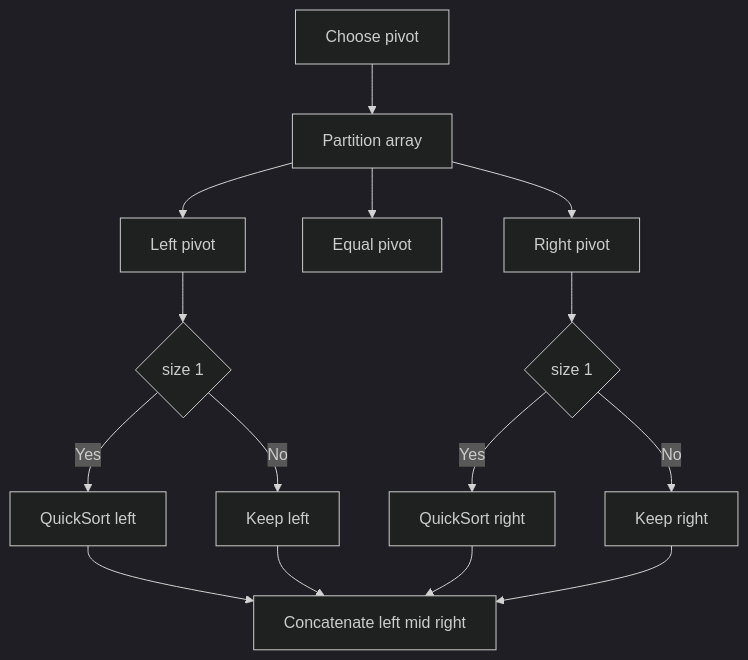
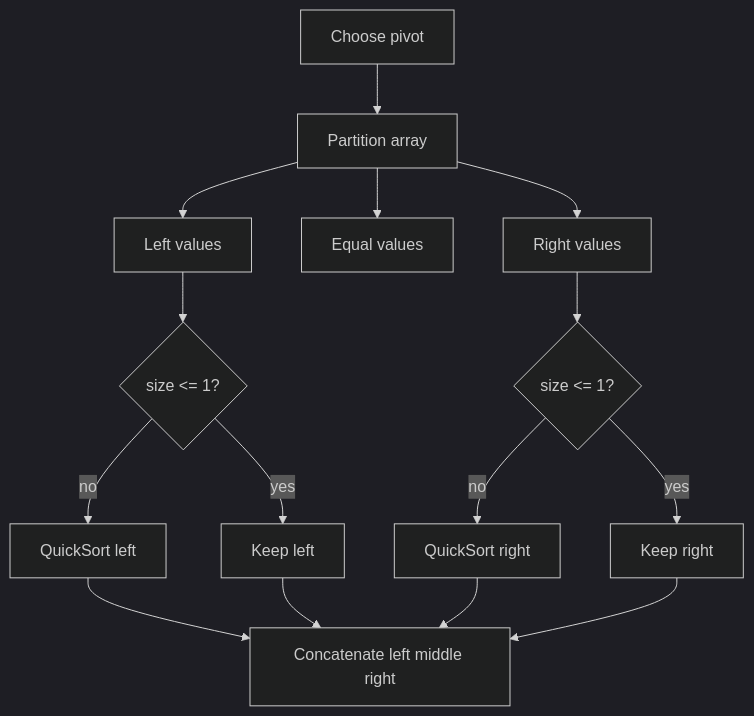
Before and after one commit to choisimo/document: the diagram in content/docs/algorithms/algorithm-architect/02-sorting-searching/02-quick-sort.md, drawn with Mermaid (dark theme). The commit also changed other lines of this file and 432 other files, not shown here.

````diff
--- a/content/docs/algorithms/algorithm-architect/02-sorting-searching/02-quick-sort.md
+++ b/content/docs/algorithms/algorithm-architect/02-sorting-searching/02-quick-sort.md
@@ -21,17 +72,17 @@
 ```mermaid
 flowchart TD
     A[Choose pivot] --> B[Partition array]
-    B --> C[Left pivot]
-    B --> D[Equal pivot]
-    B --> E[Right pivot]
-    C --> F{size 1}
-    E --> G{size 1}
-    F -- Yes --> H[QuickSort left]
-    G -- Yes --> I[QuickSort right]
-    F -- No --> J[Keep left]
-    G -- No --> K[Keep right]
-    H --> L[Concatenate left mid right]
+    B --> C[Left values]
+    B --> D[Equal values]
+    B --> E[Right values]
+    C --> F{size <= 1?}
+    E --> G{size <= 1?}
+    F -- no --> H[QuickSort left]
+    G -- no --> I[QuickSort right]
+    F -- yes --> J[Keep left]
+    G -- yes --> K[Keep right]
+    H --> L[Concatenate left middle right]
     I --> L
     J --> L
     K --> L
 ```
````
